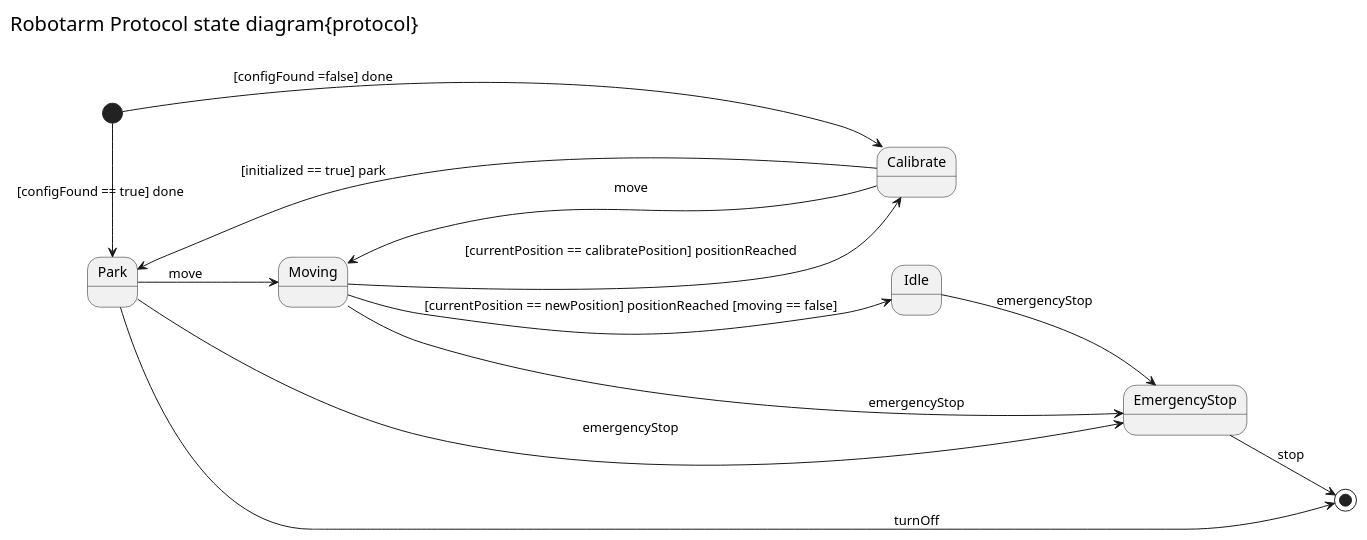
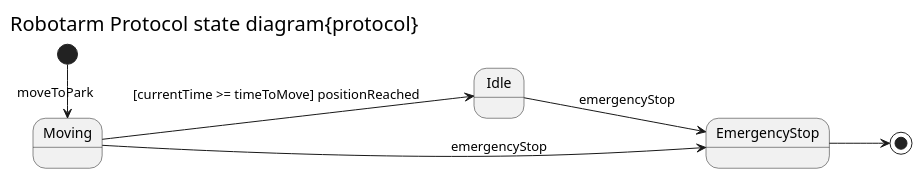
Before and after one commit to JochemGrootherder1/WorWorld: the diagram in documentation/ProtocolStateDiagram.plantuml, drawn with PlantUML. The commit also changed 1 other file, not shown here.

Commit message:
state diagram updates

```diff
--- a/documentation/ProtocolStateDiagram.plantuml
+++ b/documentation/ProtocolStateDiagram.plantuml
@@ -1,26 +1,18 @@
 @startuml protocolStateMachine
 
 left header
 <font size=20 color=black>Robotarm Protocol state diagram{protocol} </font>
 endheader
 
 left to right direction
 State Moving
 State Idle
-State Park
 State EmergencyStop
 
-[*]-> Park : [configFound == true] done
-[*]-> Calibrate : [configFound =false] done
-Park --> Moving : move
-Moving --> Idle : [currentPosition == newPosition] positionReached [moving == false]
-Calibrate --> Moving : move
-Moving --> Calibrate : [currentPosition == calibratePosition] positionReached 
-Calibrate --> Park : [initialized == true] park
-Park --> EmergencyStop : emergencyStop
+[*]-> Moving : moveToPark
+Moving --> Idle : [currentTime >= timeToMove] positionReached 
 Moving --> EmergencyStop : emergencyStop
 Idle --> EmergencyStop : emergencyStop
 
-Park --> [*] :  turnOff
-EmergencyStop --> [*] : stop
+EmergencyStop --> [*]
 @enduml
```
